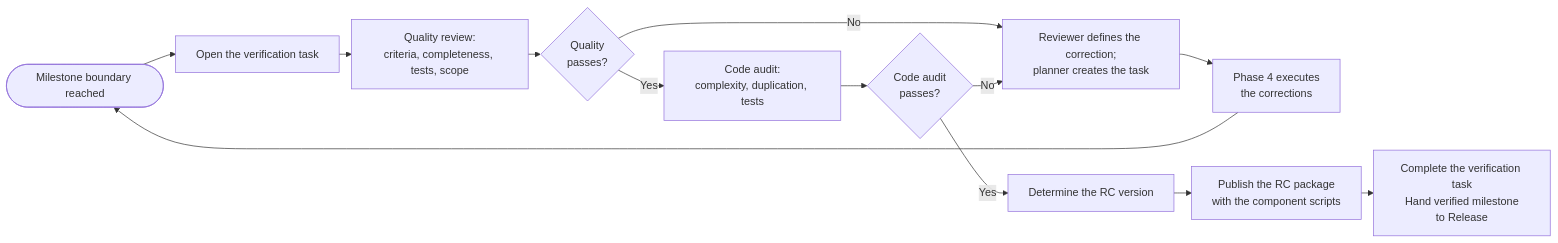
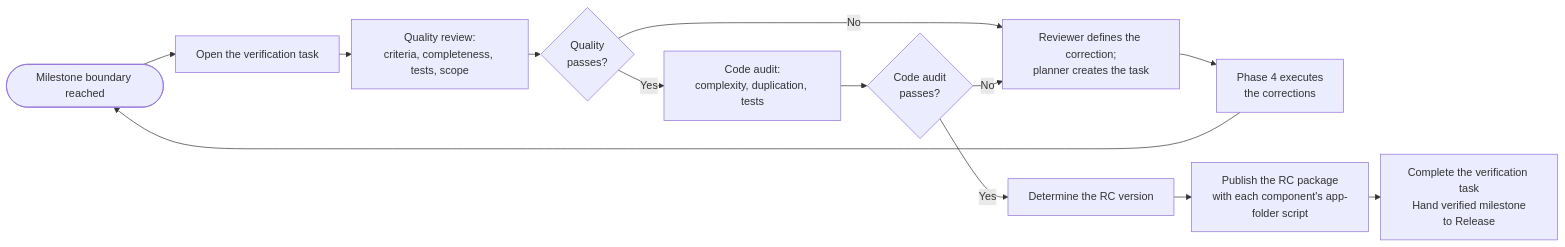
The diagram in workflows/orchestrator/5-Verification.md (lyndametref/opencode-dev-workflow), drawn with Mermaid before and after one commit. The commit also changed other lines of this file and 9 other files, not shown here.

````diff
--- a/workflows/orchestrator/5-Verification.md
+++ b/workflows/orchestrator/5-Verification.md
@@ -32,16 +32,16 @@
 ```mermaid
 %%{init: {"flowchart": {"nodeSpacing": 10, "rankSpacing": 18}}}%%
 flowchart LR
     IN([Milestone boundary reached]) --> OPEN["Open the verification task"]
     OPEN --> QR["Quality review:<br/>criteria, completeness, tests, scope"]
     QR --> QOK{"Quality<br/>passes?"}
     QOK -->|"No"| CORR["Reviewer defines the correction;<br/>planner creates the task"]
     CORR --> IMPL["Phase 4 executes<br/>the corrections"]
     IMPL --> IN
     QOK -->|"Yes"| CA["Code audit:<br/>complexity, duplication, tests"]
     CA --> COK{"Code audit<br/>passes?"}
     COK -->|"No"| CORR
     COK -->|"Yes"| RCV["Determine the RC version"]
-    RCV --> PKG["Publish the RC package<br/>with the component scripts"]
+    RCV --> PKG["Publish the RC package<br/>with each component's app-folder script"]
     PKG --> OUT["Complete the verification task<br/>Hand verified milestone<br/>to Release"]
 ```
````
